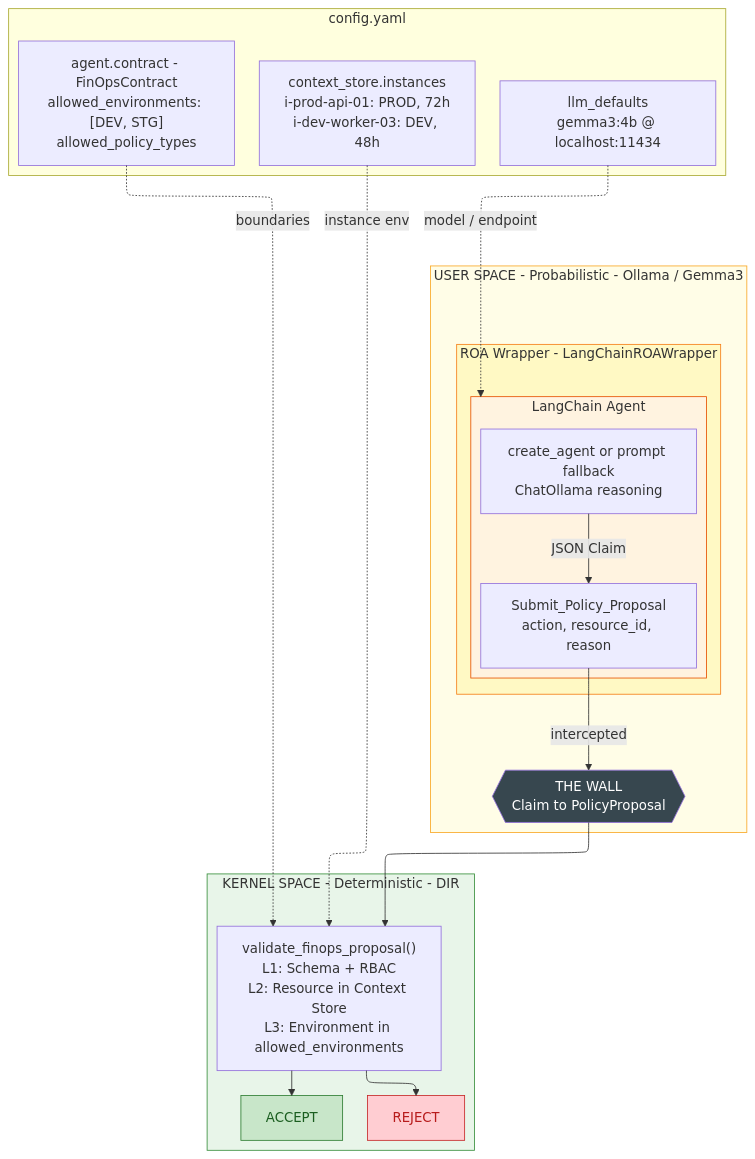
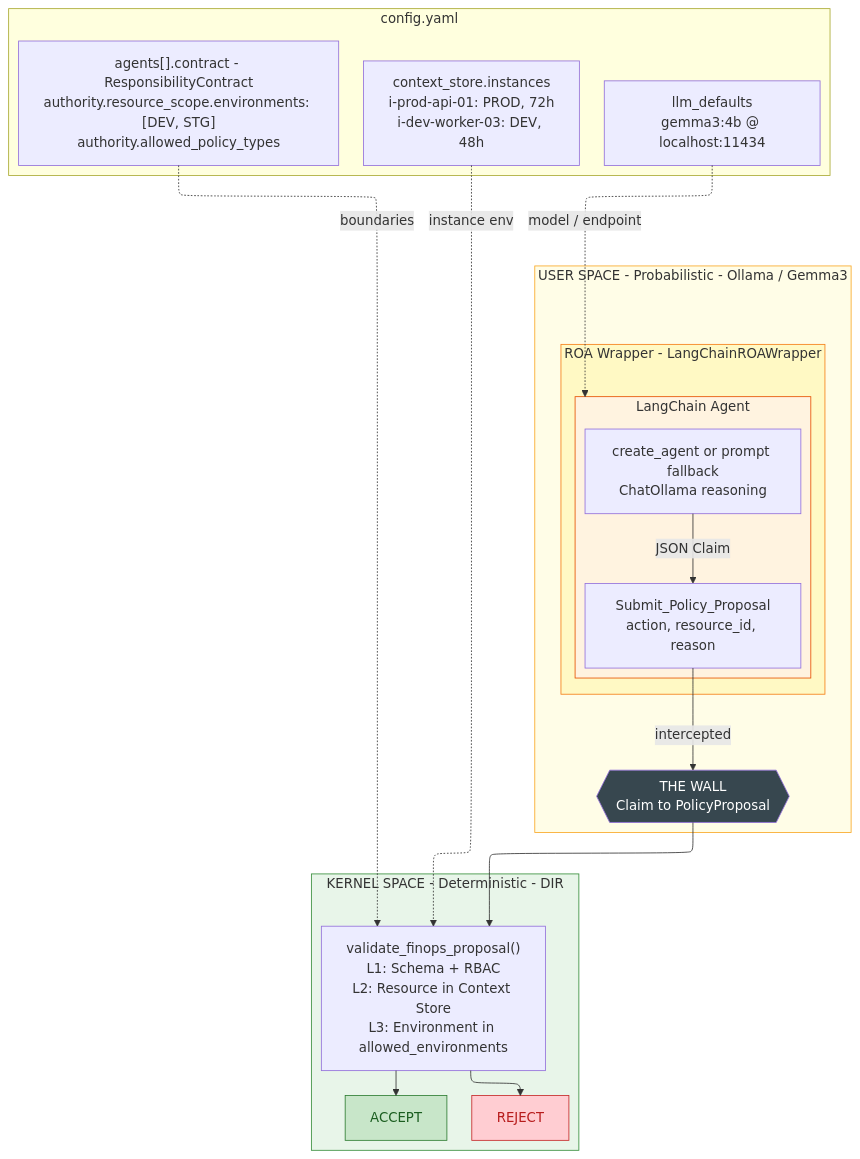
The first of 3 diagrams in samples/34_langchain_roa_wrapper/README.md (huka81/decision-intelligence-runtime), drawn with Mermaid before and after one commit. The commit also changed other lines of this file and 89 other files, not shown here.

Commit message:
Contract Studio: unified config, manual YAML editing, invariant ontology, and stricter aggregate policy validation

````diff
--- a/samples/34_langchain_roa_wrapper/README.md
+++ b/samples/34_langchain_roa_wrapper/README.md
@@ -110,45 +110,45 @@
 ```mermaid
 ---
 config:
   layout: elk
 ---
 flowchart TB
     subgraph CFG["config.yaml"]
         LLMCFG["`llm_defaults<br/>gemma3:4b @ localhost:11434`"]
-        CONTRACT["`agent.contract - FinOpsContract<br/>allowed_environments: [DEV, STG]<br/>allowed_policy_types`"]
+        CONTRACT["`agents[].contract - ResponsibilityContract<br/>authority.resource_scope.environments: [DEV, STG]<br/>authority.allowed_policy_types`"]
         CTXSTORE["`context_store.instances<br/>i-prod-api-01: PROD, 72h<br/>i-dev-worker-03: DEV, 48h`"]
     end
 
     subgraph US["USER SPACE - Probabilistic - Ollama / Gemma3"]
         subgraph ROA["ROA Wrapper - LangChainROAWrapper"]
             subgraph LC["LangChain Agent"]
                 AGENT["`create_agent or prompt fallback<br/>ChatOllama reasoning`"]
                 TOOL["`Submit_Policy_Proposal<br/>action, resource_id, reason`"]
                 AGENT -->|JSON Claim| TOOL
             end
         end
         TOOL -->|intercepted| WALL
     end
 
     WALL{{"`THE WALL<br/>Claim to PolicyProposal`"}}
 
     subgraph KS["KERNEL SPACE - Deterministic - DIR"]
         DIM["`validate_finops_proposal()<br/>L1: Schema + RBAC<br/>L2: Resource in Context Store<br/>L3: Environment in allowed_environments`"]
         ACCEPT["ACCEPT"]
         REJ["REJECT"]
         DIM --> ACCEPT & REJ
     end
 
     WALL --> DIM
     CTXSTORE -.->|instance env| DIM
     CONTRACT -.->|boundaries| DIM
     LLMCFG -.->|model / endpoint| LC
 
     style US fill:#fffde7,stroke:#f9a825,color:#333
     style KS fill:#e8f5e9,stroke:#388e3c,color:#333
     style ROA fill:#fff9c4,stroke:#f57f17,color:#333
     style LC fill:#fff3e0,stroke:#e65100,color:#333
     style WALL fill:#37474f,color:#fff
     style ACCEPT fill:#c8e6c9,stroke:#2e7d32,color:#1b5e20
     style REJ fill:#ffcdd2,stroke:#c62828,color:#b71c1c
 ```
````
